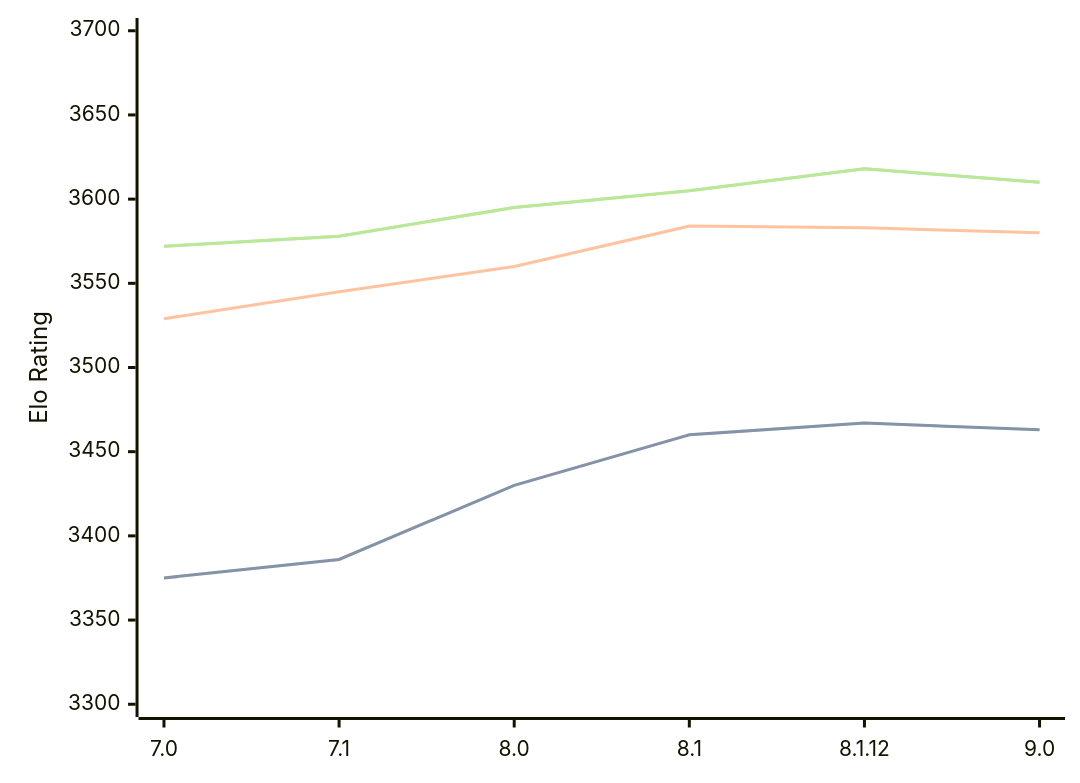
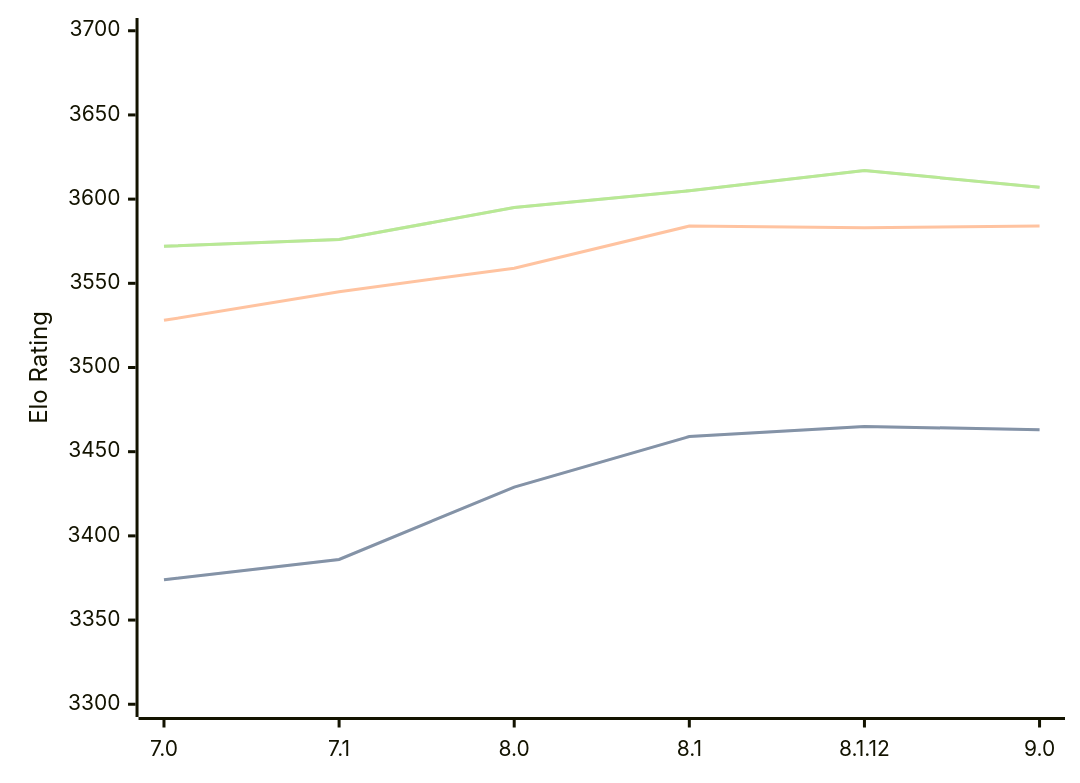
The diagram in engines/Alexandria.md (computer-chess-index/cci), drawn with Mermaid before and after one commit. The commit also changed other lines of this file, not shown here.

Commit message:
Update CCI Ratings (ELO VLTC) - 2026-03-09

````diff
--- a/engines/Alexandria.md
+++ b/engines/Alexandria.md
@@ -53,11 +53,11 @@
 ```mermaid
 %%{init: {"theme":"base","themeVariables":{"seriesColors:['#a3a3a3','#222221','#faa371']}}}%%
 xychart-beta
   x-axis ["7.0", "7.1", "8.0", "8.1", "8.1.12", "9.0"]
   y-axis "Elo Rating" 3300 --> 3700
-  line "STC (8.0+0.08s)" [3375, 3386, 3430, 3460, 3467, 3463]
-  line "STC (8.0+0.08s)" [3375, 3386, 3430, 3460, 3467, 3463]
-  line "LTC (60.0+0.60s)" [3529, 3545, 3560, 3584, 3583, 3580]
-  line "VLTC (2m24s+1.12s)" [3572, 3578, 3595, 3605, 3618, 3610]
-  line "VLTC (2m24s+1.12s)" [3572, 3578, 3595, 3605, 3618, 3610]
+  line "STC (8.0+0.08s)" [3374, 3386, 3429, 3459, 3465, 3463]
+  line "STC (8.0+0.08s)" [3374, 3386, 3429, 3459, 3465, 3463]
+  line "LTC (60.0+0.60s)" [3528, 3545, 3559, 3584, 3583, 3584]
+  line "VLTC (2m24s+1.12s)" [3572, 3576, 3595, 3605, 3617, 3607]
+  line "VLTC (2m24s+1.12s)" [3572, 3576, 3595, 3605, 3617, 3607]
 ```
````
